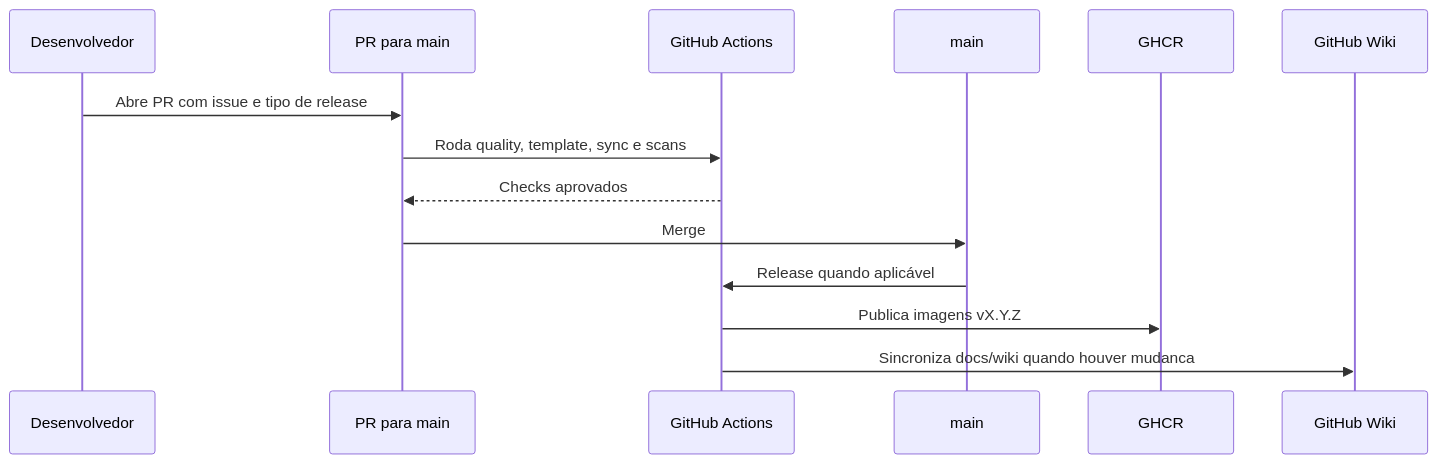
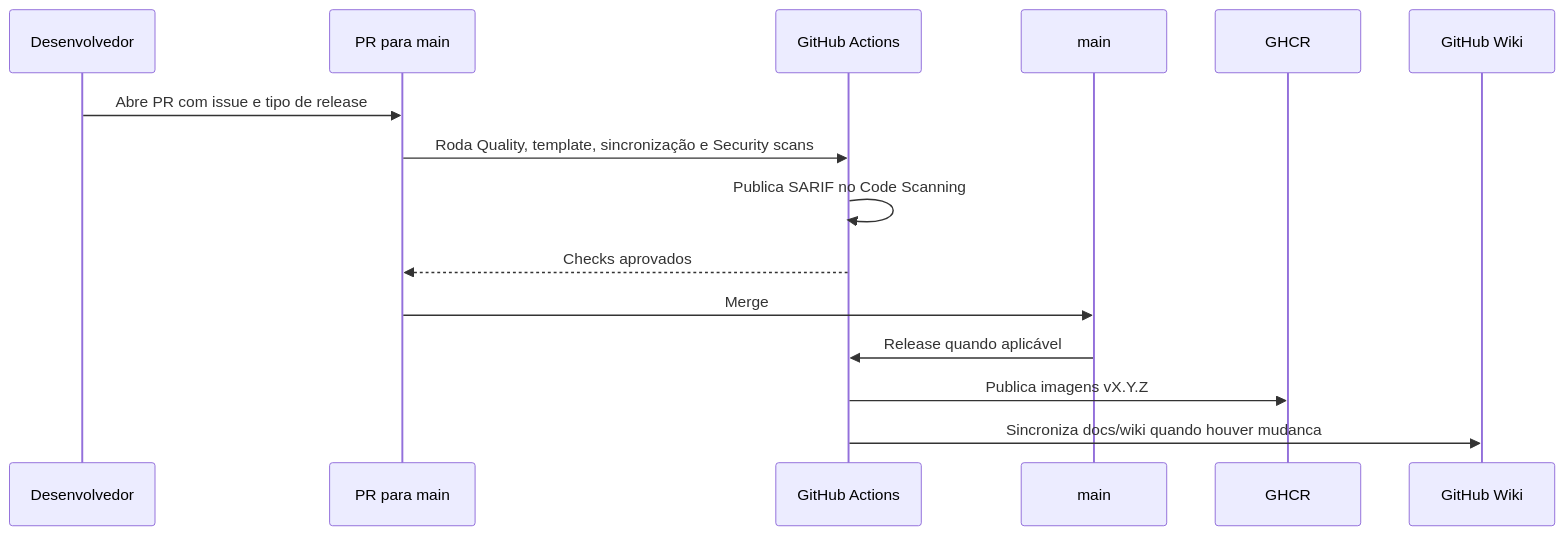
The second of 3 diagrams in docs/wiki/Esteira-de-CI-CD.md (ifpebj-ti/inventario-patrimonio-cces), drawn with Mermaid before and after one commit. The commit also changed other lines of this file and 6 other files, not shown here.

````diff
--- a/docs/wiki/Esteira-de-CI-CD.md
+++ b/docs/wiki/Esteira-de-CI-CD.md
@@ -50,17 +52,18 @@
 ```mermaid
 sequenceDiagram
     participant Dev as Desenvolvedor
     participant PR as PR para main
     participant CI as GitHub Actions
     participant Main as main
     participant GHCR as GHCR
     participant Wiki as GitHub Wiki
 
     Dev->>PR: Abre PR com issue e tipo de release
-    PR->>CI: Roda quality, template, sync e scans
+    PR->>CI: Roda Quality, template, sincronização e Security scans
+    CI->>CI: Publica SARIF no Code Scanning
     CI-->>PR: Checks aprovados
     PR->>Main: Merge
     Main->>CI: Release quando aplicável
     CI->>GHCR: Publica imagens vX.Y.Z
     CI->>Wiki: Sincroniza docs/wiki quando houver mudanca
 ```
````
